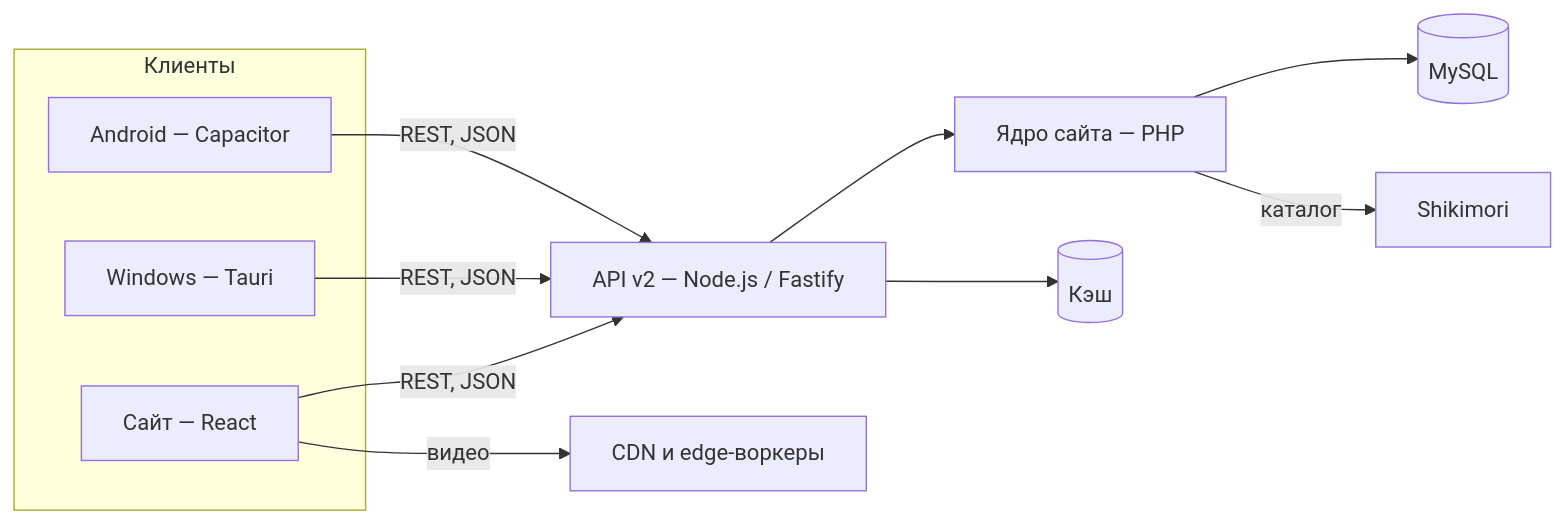
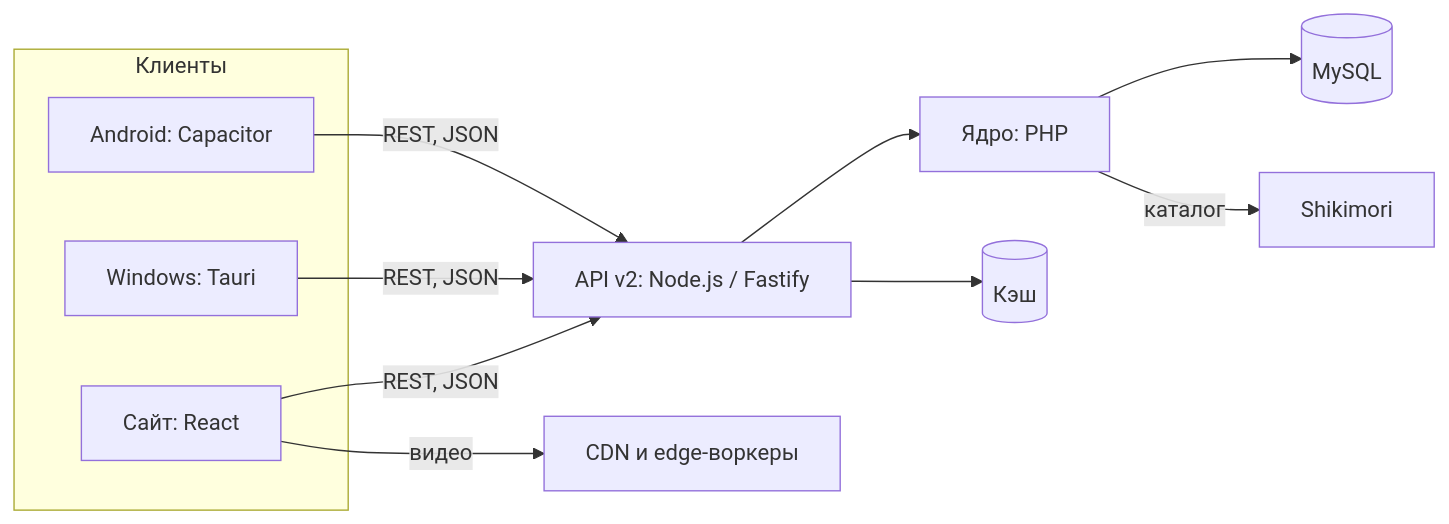
Before and after one commit to Ra9ge/Uw.Senku.Site: the diagram in docs/how-senku-works.md, drawn with Mermaid. The commit also changed other lines of this file and 12 other files, not shown here.

````diff
--- a/docs/how-senku-works.md
+++ b/docs/how-senku-works.md
@@ -5,14 +5,14 @@
 ```mermaid
 flowchart LR
   subgraph Клиенты
-    W[Сайт — React]
-    D[Windows — Tauri]
-    A[Android — Capacitor]
+    W[Сайт: React]
+    D[Windows: Tauri]
+    A[Android: Capacitor]
   end
-  W & D & A -->|REST, JSON| API[API v2 — Node.js / Fastify]
-  API --> CORE[Ядро сайта — PHP]
+  W & D & A -->|REST, JSON| API[API v2: Node.js / Fastify]
+  API --> CORE[Ядро: PHP]
   CORE --> DB[(MySQL)]
   API --> CACHE[(Кэш)]
   W -->|видео| CDN[CDN и edge-воркеры]
   CORE -->|каталог| SH[Shikimori]
 ```
````
